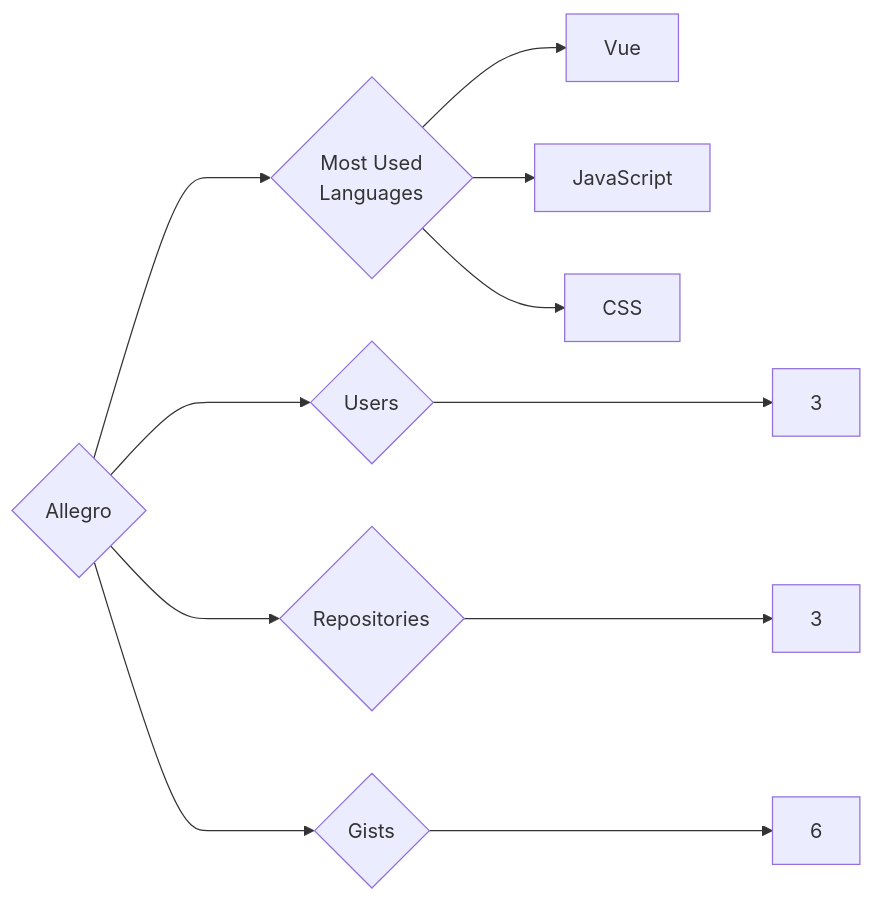
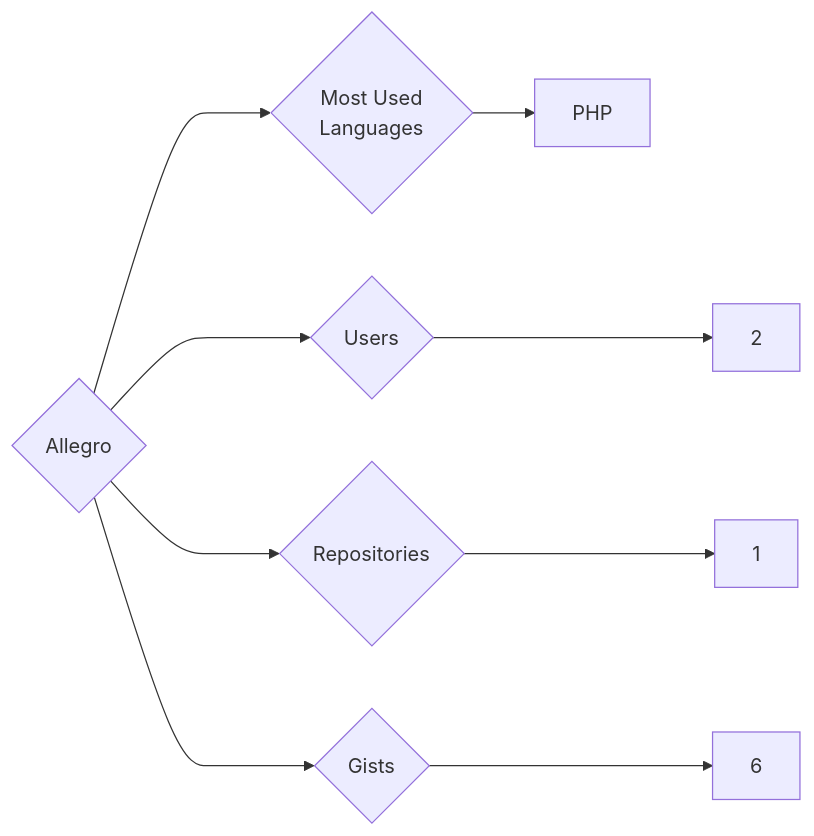
The diagram in targets/Allegro/README.md (trickest/insiders), drawn with Mermaid before and after one commit. The commit also changed 1078 other files, not shown here.

````diff
--- a/targets/Allegro/README.md
+++ b/targets/Allegro/README.md
@@ -3,11 +3,9 @@
 ```mermaid
 graph LR
 COMPANY_NAME{Allegro}
-COMPANY_NAME ---> U{Users} ---> UN[3]
-COMPANY_NAME ---> R{Repositories} ---> RN[3]
+COMPANY_NAME ---> U{Users} ---> UN[2]
+COMPANY_NAME ---> R{Repositories} ---> RN[1]
 COMPANY_NAME ---> G{Gists} ---> GN[6]
 COMPANY_NAME ---> ML{Most Used<br>Languages}
-ML --> Vue[Vue]
-ML --> JavaScript[JavaScript]
-ML --> CSS[CSS]
+ML --> PHP[PHP]
 ```
````
